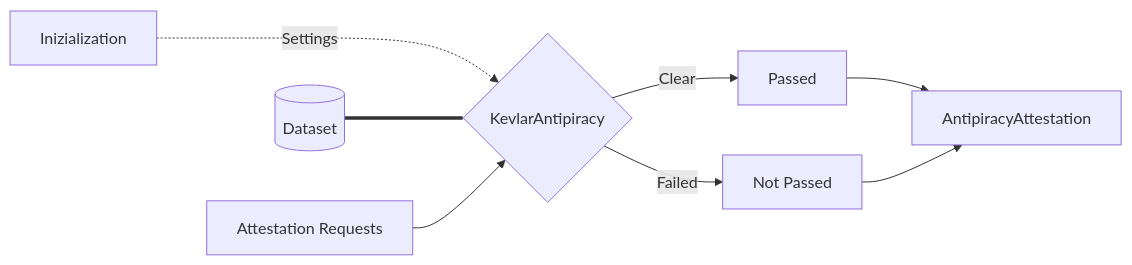
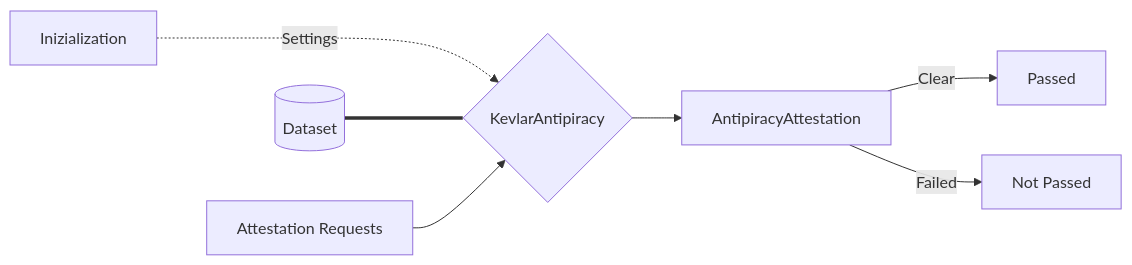
One commit to kevlar-kt/kevlar changed the diagram in docs/pages/modules/antipiracy/antipiracy.md. Above: the diagram before and after it, drawn with Mermaid. The commit also changed 9 other files, not shown here.

Commit message:
Docs update: added details, improved graphs and finished reference

````diff
--- a/docs/pages/modules/antipiracy/antipiracy.md
+++ b/docs/pages/modules/antipiracy/antipiracy.md
@@ -3,10 +3,9 @@
 ``` mermaid
 graph LR
   I[Inizialization] -.Settings..-> K{KevlarAntipiracy};
   DB[(Dataset)] === K
   AREQ[Attestation Requests] --> K
-  K --> |Clear| P[Passed];
-  K --> |Failed| NP[Not Passed];
-  P --> ARES[AntipiracyAttestation]
-  NP --> ARES
+  ARES --> |Clear| P[Passed];
+  ARES --> |Failed| NP[Not Passed];
+  K --> ARES[AntipiracyAttestation]
 ```
````
